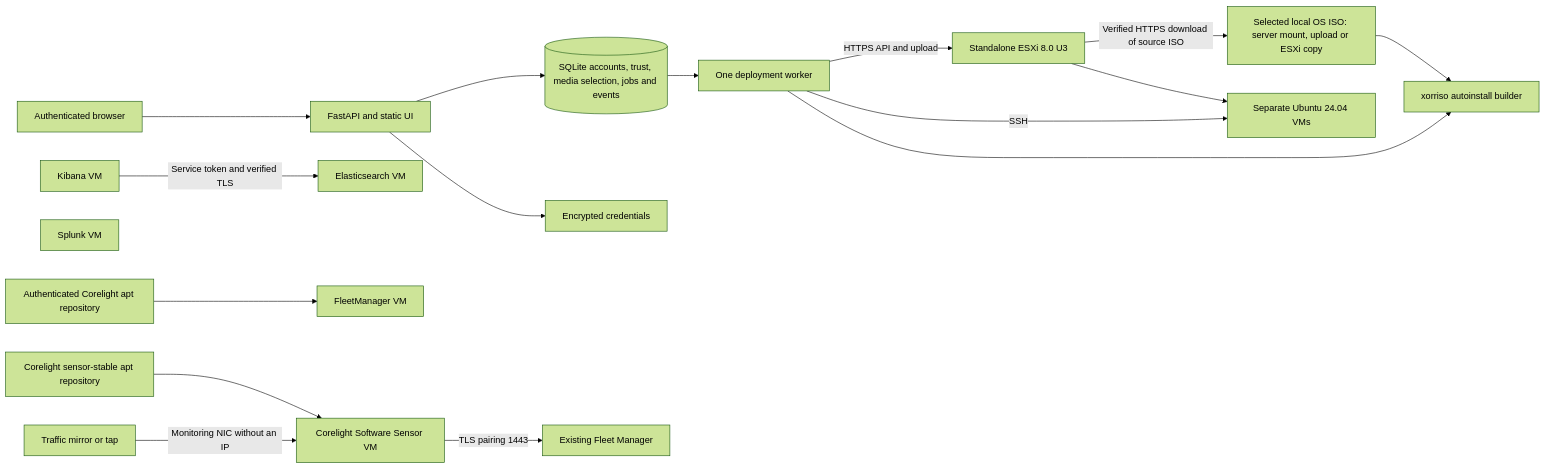
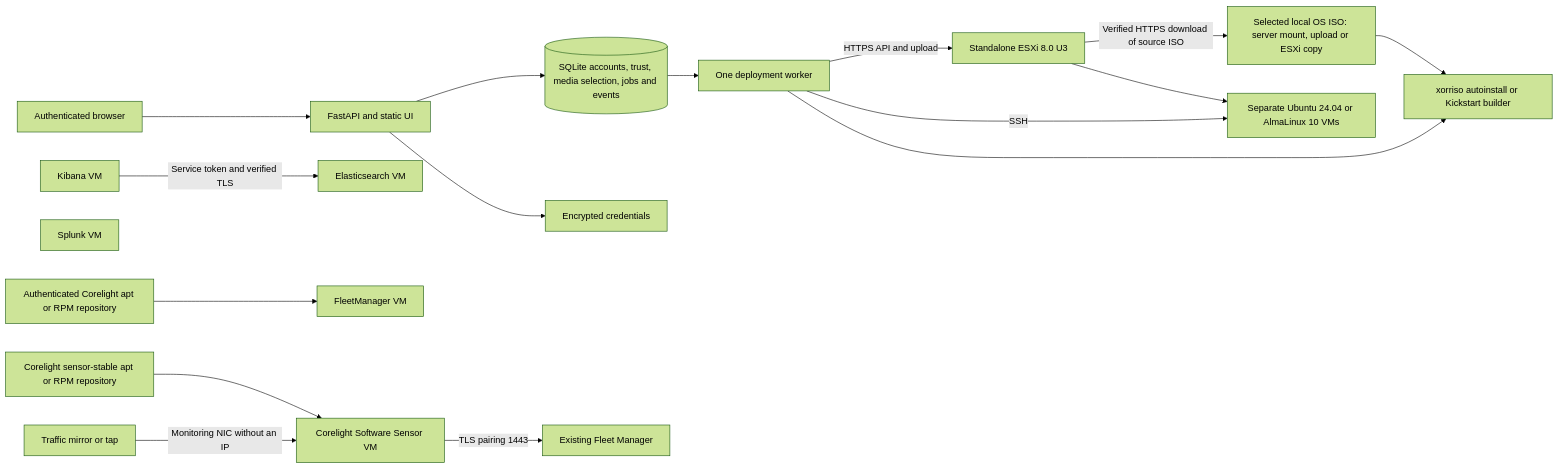
Before and after one commit to DasFunfZigste/GDeploy: the diagram in docs/ARCHITECTURE.md, drawn with Mermaid (forest theme). The commit also changed other lines of this file and 48 other files, not shown here.

Commit message:
Add AlmaLinux 10 deployment profiles and experimental Corelight RPM support

````diff
--- a/docs/ARCHITECTURE.md
+++ b/docs/ARCHITECTURE.md
@@ -3,21 +3,21 @@
 ```mermaid
 flowchart LR
   Browser[Authenticated browser] --> API[FastAPI and static UI]
   API --> DB[(SQLite accounts, trust, media selection, jobs and events)]
   API --> Vault[Encrypted credentials]
   DB --> Worker[One deployment worker]
-  Media[Selected local OS ISO: server mount, upload or ESXi copy] --> Builder[xorriso autoinstall builder]
+  Media[Selected local OS ISO: server mount, upload or ESXi copy] --> Builder[xorriso autoinstall or Kickstart builder]
   Worker --> Builder
   Worker -->|HTTPS API and upload| ESXi[Standalone ESXi 8.0 U3]
   ESXi -->|Verified HTTPS download of source ISO| Media
-  ESXi --> Ubuntu[Separate Ubuntu 24.04 VMs]
-  Worker -->|SSH| Ubuntu
+  ESXi --> Guests[Separate Ubuntu 24.04 or AlmaLinux 10 VMs]
+  Worker -->|SSH| Guests
   Kibana[Kibana VM] -->|Service token and verified TLS| Elastic[Elasticsearch VM]
   Splunk[Splunk VM]
   Fleet[FleetManager VM]
   Sensor[Corelight Software Sensor VM]
-  SensorPackages[Corelight sensor-stable apt repository] --> Sensor
+  SensorPackages[Corelight sensor-stable apt or RPM repository] --> Sensor
   Sensor -->|TLS pairing 1443| ExistingFleet[Existing Fleet Manager]
   Mirror[Traffic mirror or tap] -->|Monitoring NIC without an IP| Sensor
-  FleetPackages[Authenticated Corelight apt repository] --> Fleet
+  FleetPackages[Authenticated Corelight apt or RPM repository] --> Fleet
 ```
````
